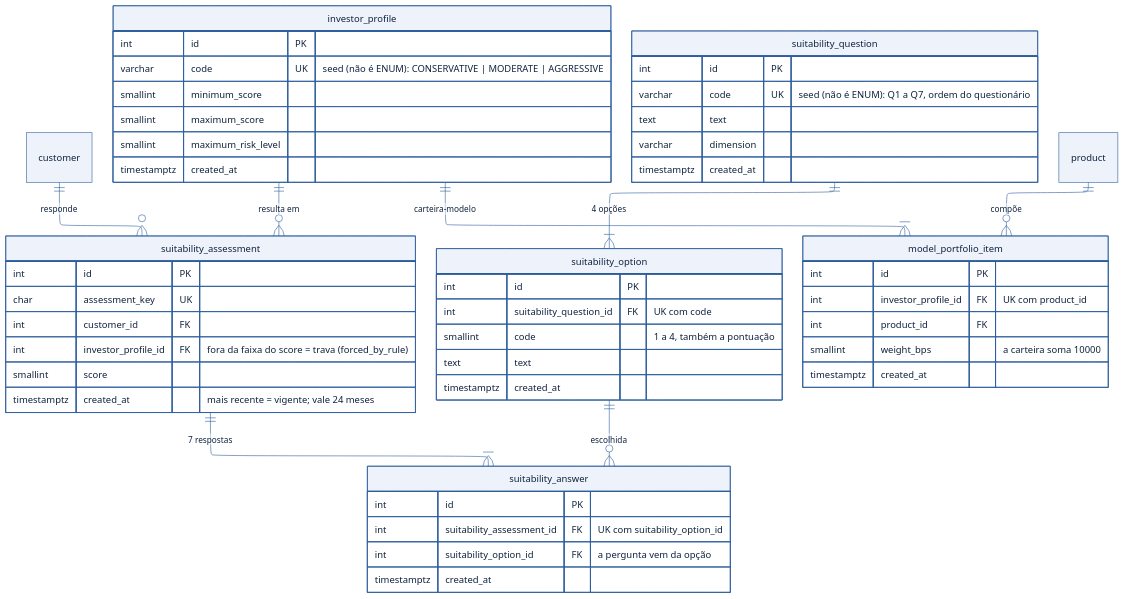
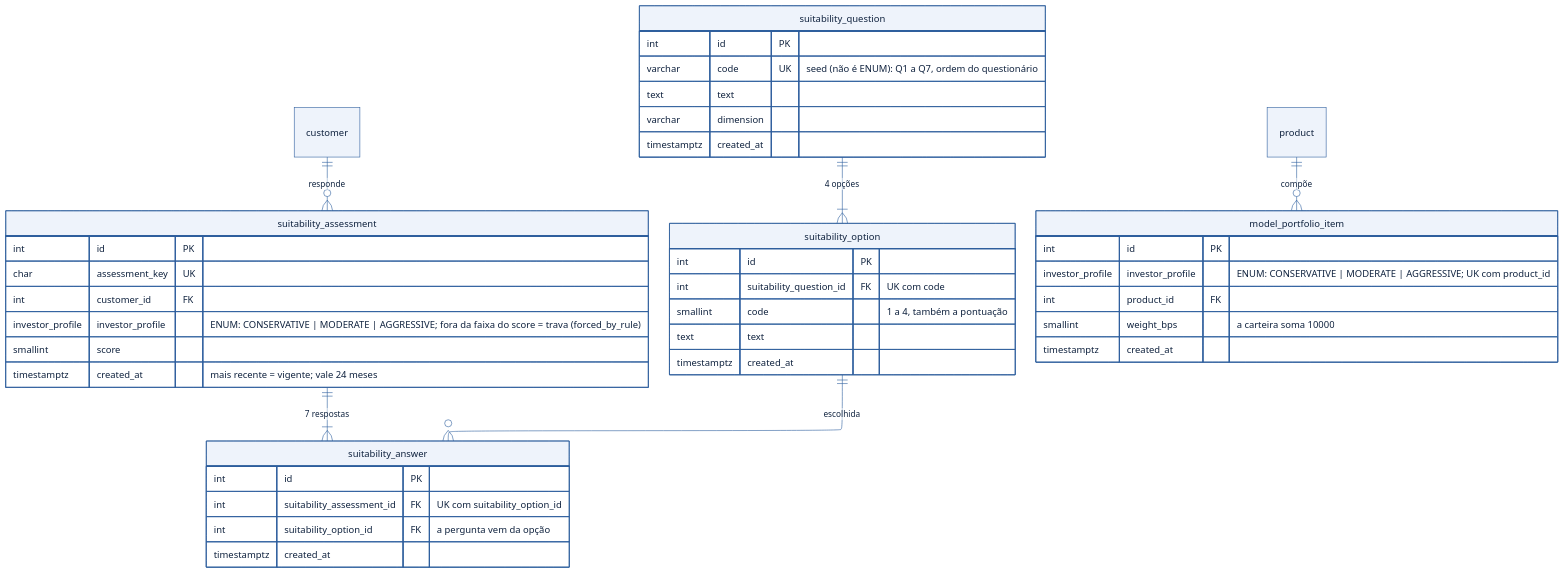
One commit to heluylucas/bootcamp-qi-tech-presidas- changed the diagram in docs/diagramas/er-perfil-e-carteira.mmd. Above: the diagram before and after it, drawn with Mermaid. The commit also changed 5 other files, not shown here.

Commit message:
:fire: remove: investor-profile-table

```diff
--- a/docs/diagramas/er-perfil-e-carteira.mmd
+++ b/docs/diagramas/er-perfil-e-carteira.mmd
@@ -1,70 +1,60 @@
 ---
 config:
   theme: base
   themeVariables:
     primaryColor: "#eef3fb"
     primaryBorderColor: "#2f5f9e"
     primaryTextColor: "#10233f"
     lineColor: "#2f5f9e"
     secondaryColor: "#f7f9fd"
     tertiaryColor: "#ffffff"
     noteBkgColor: "#f7f9fd"
     noteBorderColor: "#2f5f9e"
     noteTextColor: "#10233f"
   layout: elk
   elk:
     mergeEdges: false
     nodePlacementStrategy: NETWORK_SIMPLEX
 ---
 erDiagram
     customer ||--o{ suitability_assessment : "responde"
-    investor_profile ||--o{ suitability_assessment : "resulta em"
     suitability_assessment ||--|{ suitability_answer : "7 respostas"
     suitability_question ||--|{ suitability_option : "4 opções"
     suitability_option ||--o{ suitability_answer : "escolhida"
-    investor_profile ||--|{ model_portfolio_item : "carteira-modelo"
     product ||--o{ model_portfolio_item : "compõe"
 
     suitability_question {
         int id PK
         varchar code UK "seed (não é ENUM): Q1 a Q7, ordem do questionário"
         text text
         varchar dimension
         timestamptz created_at
     }
     suitability_option {
         int id PK
         int suitability_question_id FK "UK com code"
         smallint code "1 a 4, também a pontuação"
         text text
         timestamptz created_at
     }
-    investor_profile {
-        int id PK
-        varchar code UK "seed (não é ENUM): CONSERVATIVE | MODERATE | AGGRESSIVE"
-        smallint minimum_score
-        smallint maximum_score
-        smallint maximum_risk_level
-        timestamptz created_at
-    }
     suitability_assessment {
         int id PK
         char assessment_key UK
         int customer_id FK
-        int investor_profile_id FK "fora da faixa do score = trava (forced_by_rule)"
+        investor_profile investor_profile "ENUM: CONSERVATIVE | MODERATE | AGGRESSIVE; fora da faixa do score = trava (forced_by_rule)"
         smallint score
         timestamptz created_at "mais recente = vigente; vale 24 meses"
     }
     suitability_answer {
         int id PK
         int suitability_assessment_id FK "UK com suitability_option_id"
         int suitability_option_id FK "a pergunta vem da opção"
         timestamptz created_at
     }
     model_portfolio_item {
         int id PK
-        int investor_profile_id FK "UK com product_id"
+        investor_profile investor_profile "ENUM: CONSERVATIVE | MODERATE | AGGRESSIVE; UK com product_id"
         int product_id FK
         smallint weight_bps "a carteira soma 10000"
         timestamptz created_at
     }
```
